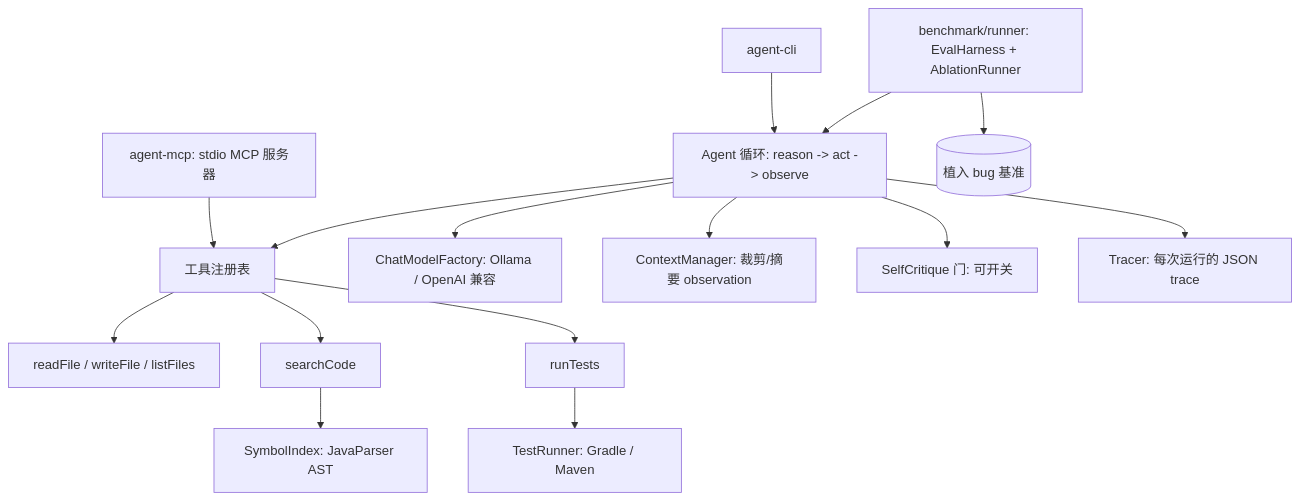
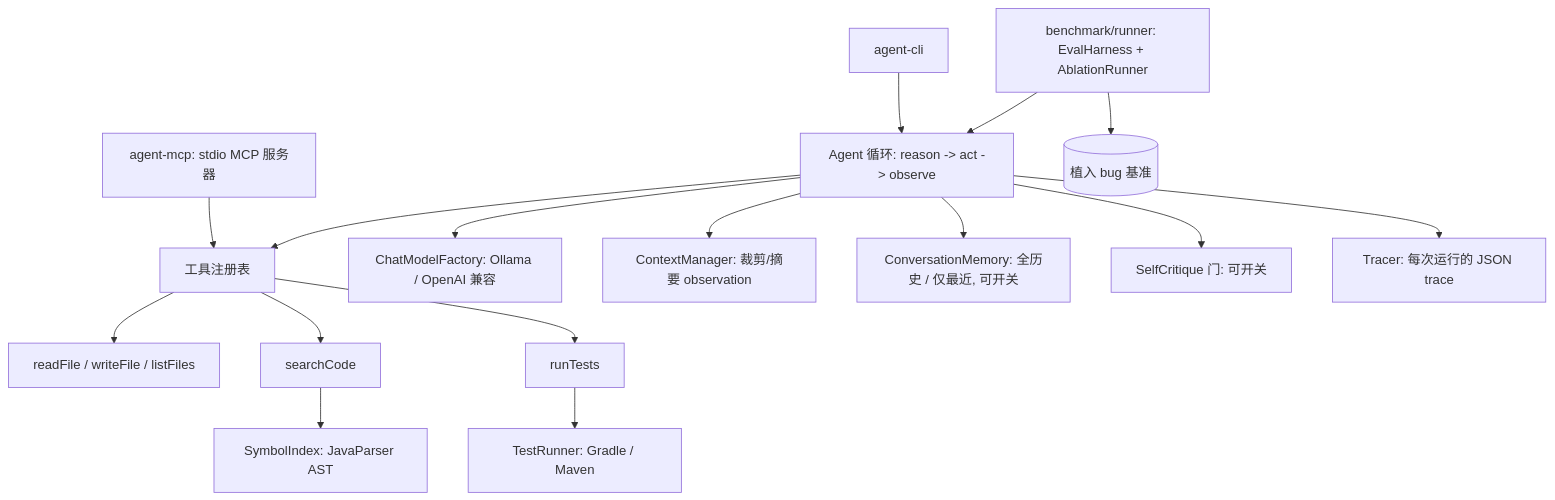
Before and after one commit to leetwitter/java-bug-fix-agent: the diagram in README.zh.md, drawn with Mermaid. The commit also changed other lines of this file and 11 other files, not shown here.

````diff
--- a/README.zh.md
+++ b/README.zh.md
@@ -48,17 +48,18 @@
 ```mermaid
 flowchart TD
     CLI[agent-cli] --> Agent[Agent 循环: reason -> act -> observe]
     MCP[agent-mcp: stdio MCP 服务器] --> Tools
     Agent --> LLM[ChatModelFactory: Ollama / OpenAI 兼容]
     Agent --> Ctx[ContextManager: 裁剪/摘要 observation]
+    Agent --> Mem[ConversationMemory: 全历史 / 仅最近, 可开关]
     Agent --> Critic[SelfCritique 门: 可开关]
     Agent --> Tools[工具注册表]
     Tools --> FileTools[readFile / writeFile / listFiles]
     Tools --> Search[searchCode]
     Tools --> RunTests[runTests]
     Search --> Index[SymbolIndex: JavaParser AST]
     RunTests --> Runner[TestRunner: Gradle / Maven]
     Agent --> Tracer[Tracer: 每次运行的 JSON trace]
     Eval[benchmark/runner: EvalHarness + AblationRunner] --> Agent
     Eval --> Bench[(植入 bug 基准)]
 ```
````
